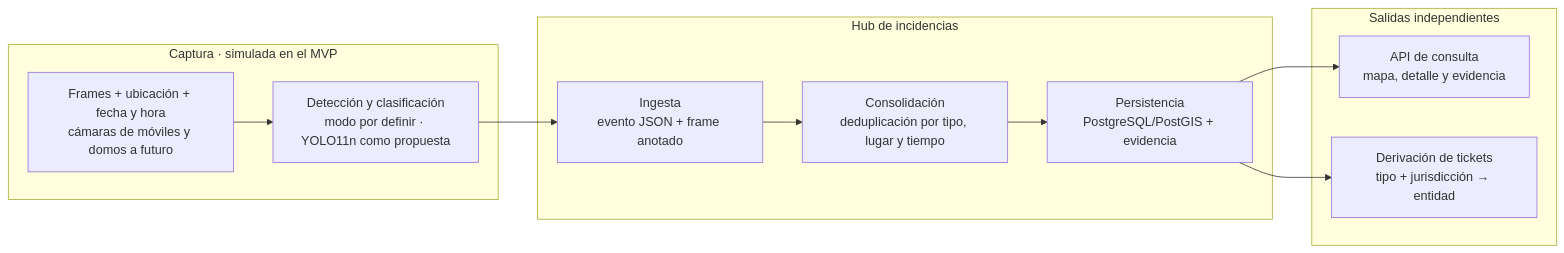
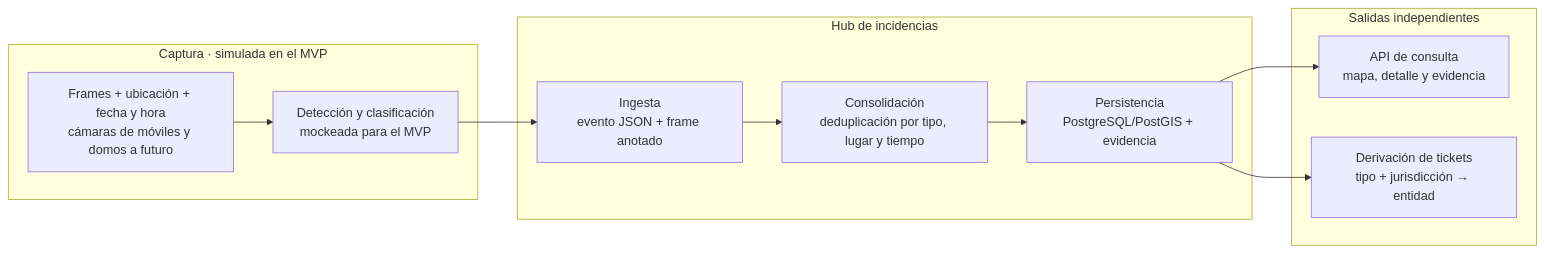
The second of 2 diagrams in README.md (NachoSamo/Hack2theFuture-CordobaTechWeek), drawn with Mermaid before and after one commit. The commit also changed other lines of this file and 13 other files, not shown here.

````diff
--- a/README.md
+++ b/README.md
@@ -104,19 +104,19 @@
 ```mermaid
 flowchart LR
     subgraph Captura[Captura · simulada en el MVP]
         A[Frames + ubicación + fecha y hora<br/>cámaras de móviles y domos a futuro]
-        B[Detección y clasificación<br/>modo por definir · YOLO11n como propuesta]
+        B[Detección y clasificación<br/>mockeada para el MVP]
     end
     subgraph Hub[Hub de incidencias]
         C[Ingesta<br/>evento JSON + frame anotado]
         D[Consolidación<br/>deduplicación por tipo, lugar y tiempo]
         E[Persistencia<br/>PostgreSQL/PostGIS + evidencia]
     end
     subgraph Salidas[Salidas independientes]
         F[API de consulta<br/>mapa, detalle y evidencia]
         G[Derivación de tickets<br/>tipo + jurisdicción → entidad]
     end
     A --> B --> C --> D --> E
     E --> F
     E --> G
 ```
````
